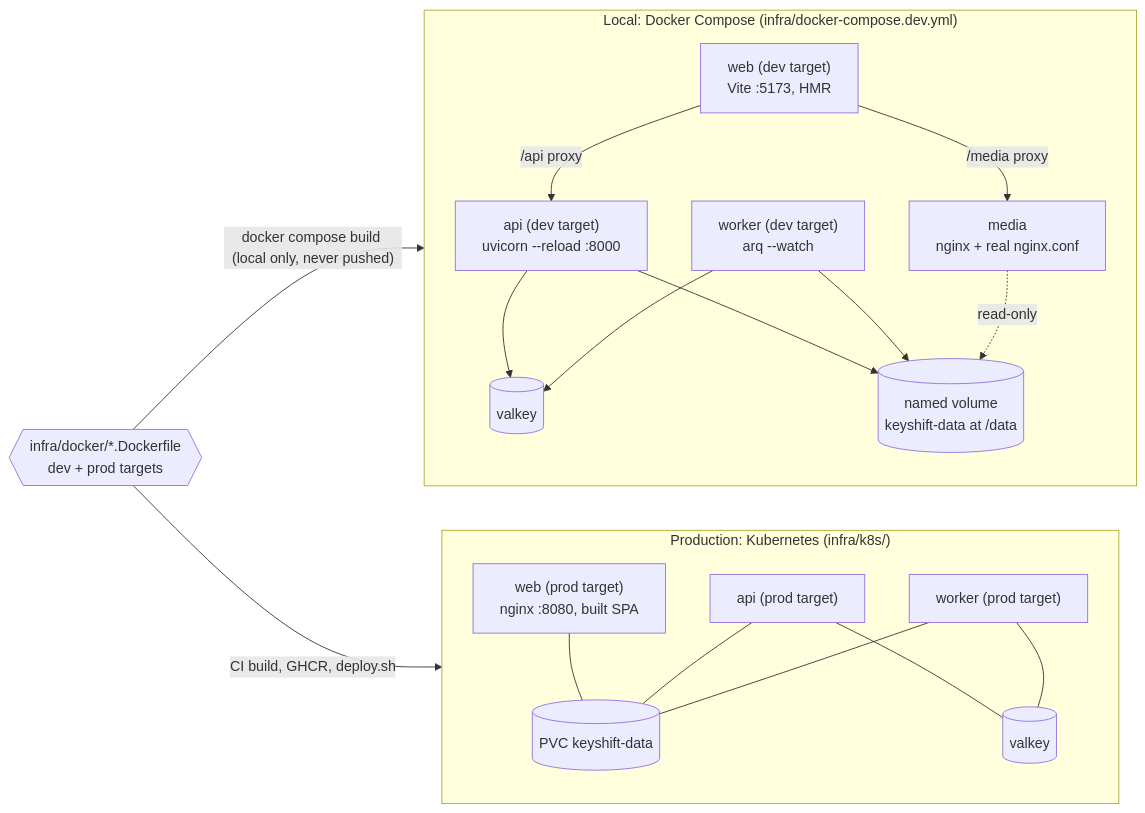
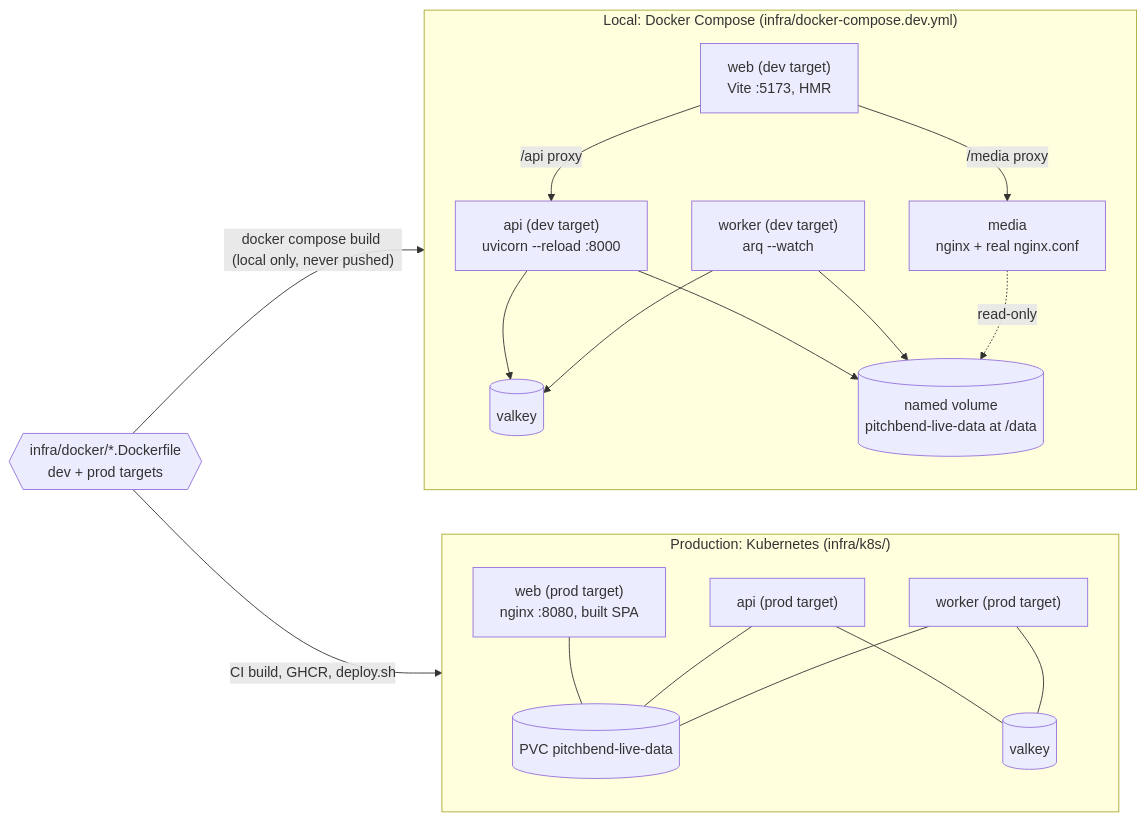
One commit to edwinargueta/PitchBend-Live changed the seventh of 8 diagrams in docs/architecture-diagram.md. Above: the diagram before and after it, drawn with Mermaid. The commit also changed other lines of this file and 113 other files, not shown here.

````diff
--- a/docs/architecture-diagram.md
+++ b/docs/architecture-diagram.md
@@ -259,35 +259,35 @@
 ```mermaid
 flowchart LR
     subgraph local["Local: Docker Compose (infra/docker-compose.dev.yml)"]
         vite["web (dev target)<br/>Vite :5173, HMR"]
         lapi["api (dev target)<br/>uvicorn --reload :8000"]
         lworker["worker (dev target)<br/>arq --watch"]
         lvalkey[("valkey")]
         lmedia["media<br/>nginx + real nginx.conf"]
-        lvol[("named volume<br/>keyshift-data at /data")]
+        lvol[("named volume<br/>pitchbend-live-data at /data")]
         vite -- "/api proxy" --> lapi
         vite -- "/media proxy" --> lmedia
         lapi --> lvalkey
         lworker --> lvalkey
         lapi --> lvol
         lworker --> lvol
         lmedia -. read-only .-> lvol
     end
 
     subgraph prod["Production: Kubernetes (infra/k8s/)"]
         pweb["web (prod target)<br/>nginx :8080, built SPA"]
         papi["api (prod target)"]
         pworker["worker (prod target)"]
         pvalkey[("valkey")]
-        ppvc[("PVC keyshift-data")]
+        ppvc[("PVC pitchbend-live-data")]
         pweb --- ppvc
         papi --- ppvc
         pworker --- ppvc
         papi --- pvalkey
         pworker --- pvalkey
     end
 
     dockerfiles{{"infra/docker/*.Dockerfile<br/>dev + prod targets"}}
     dockerfiles -- "docker compose build (local only, never pushed)" --> local
     dockerfiles -- "CI build, GHCR, deploy.sh" --> prod
 ```
````
